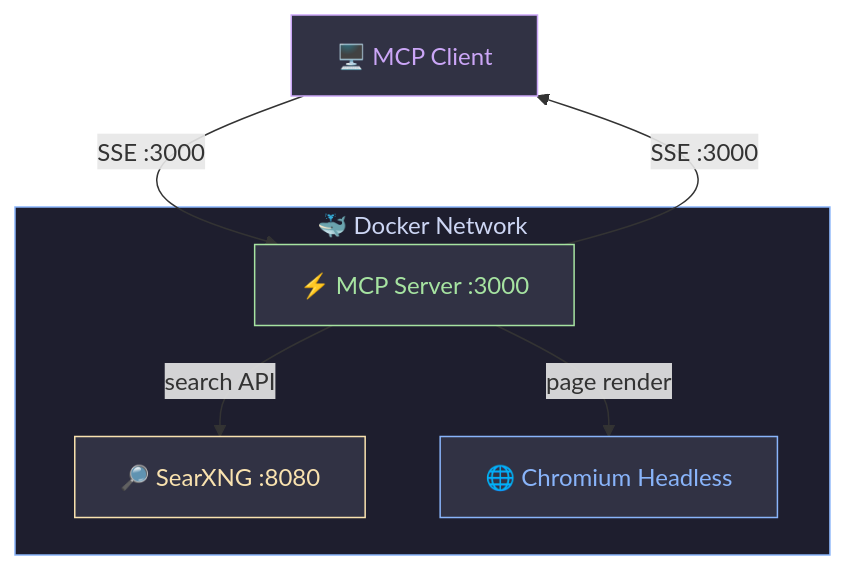
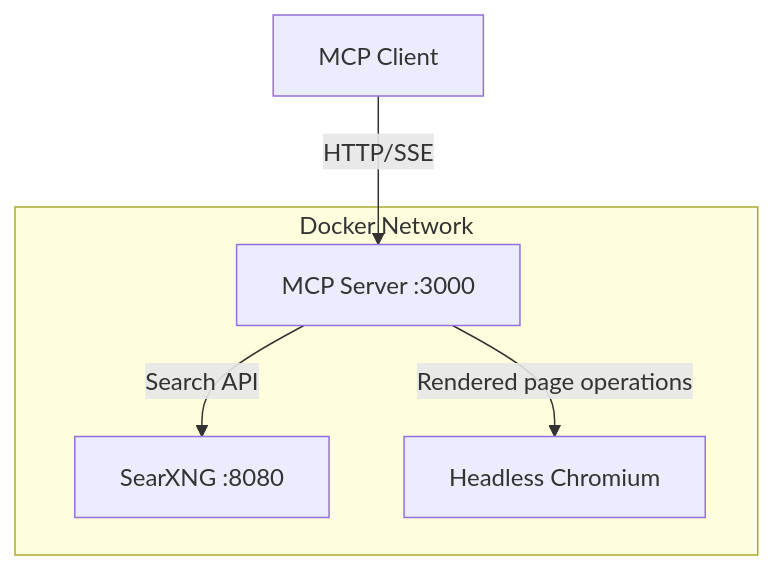
The diagram in README.md (JscSatoshi/LMStudio_MCP), drawn with Mermaid before and after one commit. The commit also changed other lines of this file and 5 other files, not shown here.

````diff
--- a/README.md
+++ b/README.md
@@ -19,20 +11,14 @@
 ```mermaid
 flowchart TD
-    Client[🖥️ MCP Client]
-    Client -->|SSE :3000| MCP
-    MCP -->|SSE :3000| Client
+        Client[MCP Client]
 
-    subgraph Docker[🐳 Docker Network]
-        MCP[⚡ MCP Server :3000]
-        SearX[🔎 SearXNG :8080]
-        Chrome[🌐 Chromium Headless]
-        MCP -->|search API| SearX
-        MCP -->|page render| Chrome
-    end
+        subgraph Docker Network
+                MCP[MCP Server :3000]
+                SearX[SearXNG :8080]
+                Browser[Headless Chromium]
+        end
 
-    style Docker fill:#1e1e2e,stroke:#89b4fa,color:#cdd6f4
-    style MCP fill:#313244,stroke:#a6e3a1,color:#a6e3a1
-    style SearX fill:#313244,stroke:#f9e2af,color:#f9e2af
-    style Chrome fill:#313244,stroke:#89b4fa,color:#89b4fa
-    style Client fill:#313244,stroke:#cba6f7,color:#cba6f7
+        Client -->|HTTP/SSE| MCP
+        MCP -->|Search API| SearX
+        MCP -->|Rendered page operations| Browser
 ```
````
